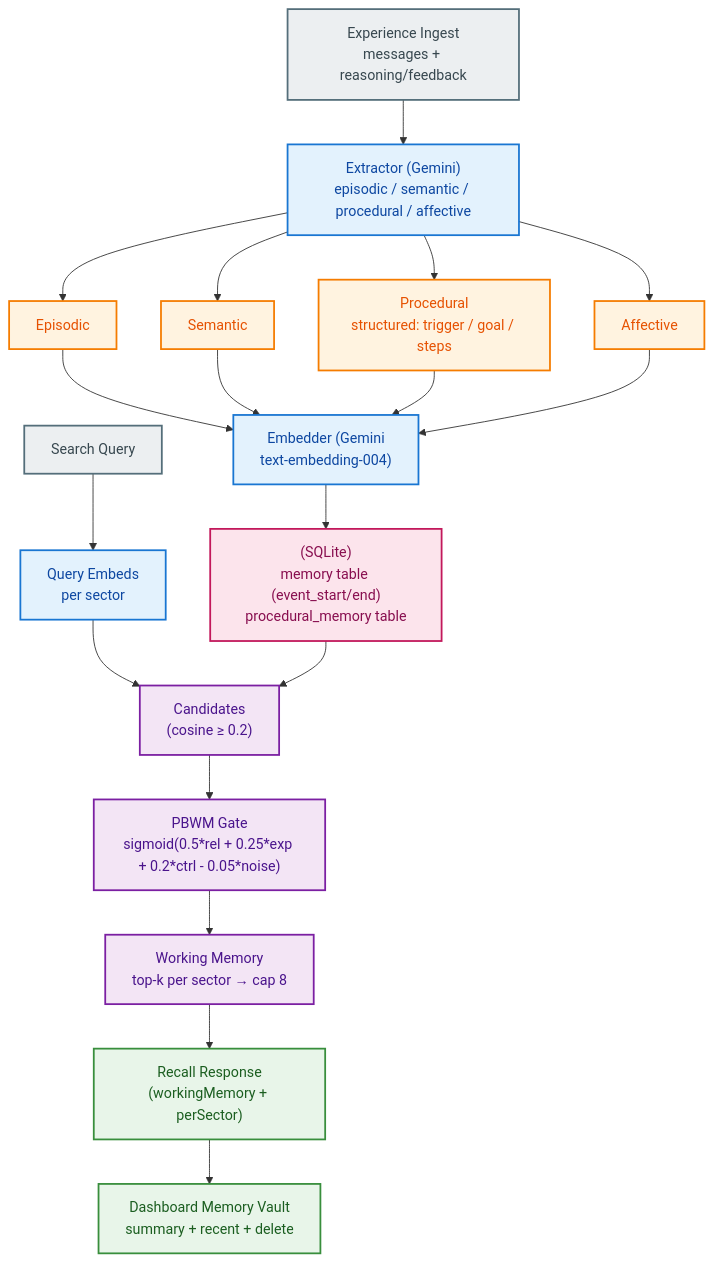
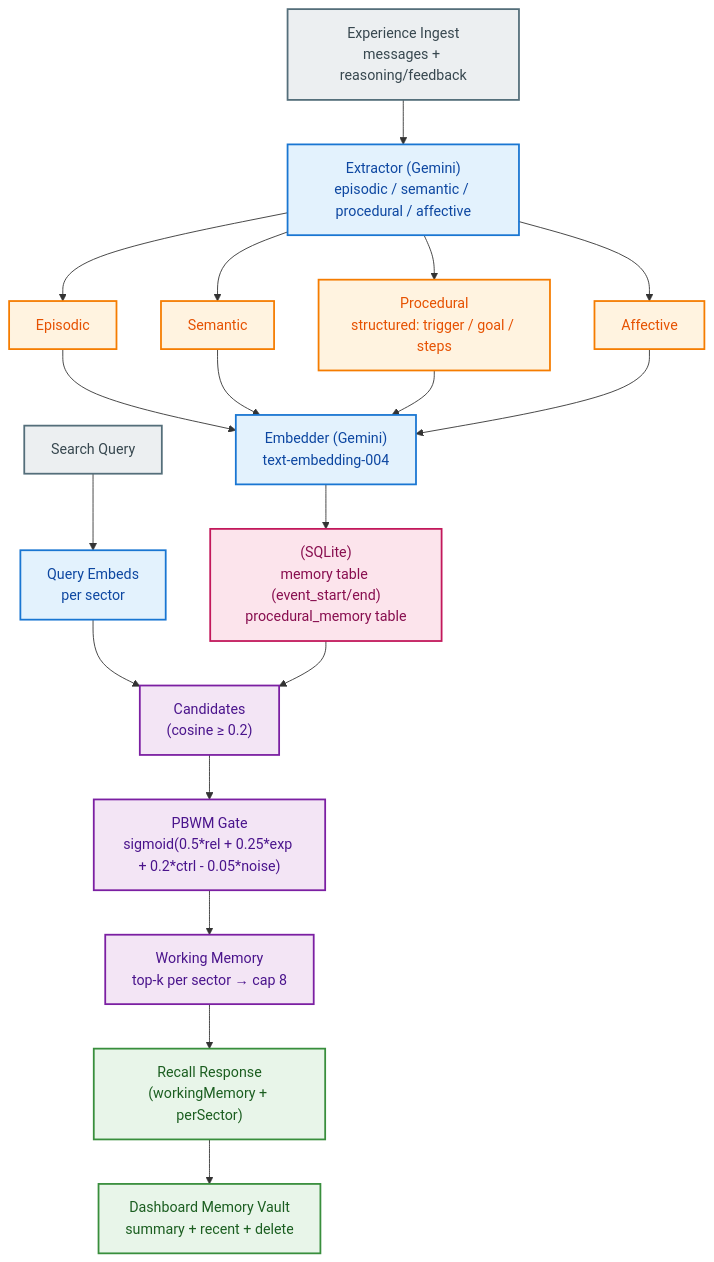
One commit to ekailabs/ekai-gateway changed the diagram in memory/README.md. Above: the diagram before and after it, drawn with Mermaid.

Commit message:
docs(memory): make mermaid labels GitHub-compatible

````diff
--- a/memory/README.md
+++ b/memory/README.md
@@ -72,48 +72,48 @@
 ```mermaid
 graph TB
   classDef inputStyle fill:#eceff1,stroke:#546e7a,stroke-width:2px,color:#37474f
   classDef processStyle fill:#e3f2fd,stroke:#1976d2,stroke-width:2px,color:#0d47a1
   classDef sectorStyle fill:#fff3e0,stroke:#f57c00,stroke-width:2px,color:#e65100
   classDef storageStyle fill:#fce4ec,stroke:#c2185b,stroke-width:2px,color:#880e4f
   classDef engineStyle fill:#f3e5f5,stroke:#7b1fa2,stroke-width:2px,color:#4a148c
   classDef outputStyle fill:#e8f5e9,stroke:#388e3c,stroke-width:2px,color:#1b5e20
 
-  EXP["Experience Ingest\nmessages + reasoning/feedback"]:::inputStyle
-  EXTRACT["Extractor (Gemini)\nepisodic / semantic / procedural / affective"]:::processStyle
+  EXP["Experience Ingest<br>messages + reasoning/feedback"]:::inputStyle
+  EXTRACT["Extractor (Gemini)<br>episodic / semantic / procedural / affective"]:::processStyle
 
   EPISODIC["Episodic"]:::sectorStyle
   SEMANTIC["Semantic"]:::sectorStyle
-  PROCEDURAL["Procedural\nstructured: trigger / goal / steps"]:::sectorStyle
+  PROCEDURAL["Procedural<br>structured: trigger / goal / steps"]:::sectorStyle
   AFFECTIVE["Affective"]:::sectorStyle
 
-  EMBED["Embedder (Gemini\ntext-embedding-004)"]:::processStyle
+  EMBED["Embedder (Gemini)<br>text-embedding-004"]:::processStyle
 
-  STORE["(SQLite)\nmemory table (event_start/end)\nprocedural_memory table"]:::storageStyle
+  STORE["(SQLite)<br>memory table (event_start/end)<br>procedural_memory table"]:::storageStyle
 
   QUERY["Search Query"]:::inputStyle
-  QEMBED["Query Embeds\nper sector"]:::processStyle
-  CANDIDATES["Candidates\n(cosine ≥ 0.2)"]:::engineStyle
-  PBWM["PBWM Gate\nsigmoid(0.5*rel + 0.25*exp + 0.2*ctrl - 0.05*noise)"]:::engineStyle
-  WM["Working Memory\ntop-k per sector → cap 8"]:::engineStyle
+  QEMBED["Query Embeds<br>per sector"]:::processStyle
+  CANDIDATES["Candidates<br>(cosine ≥ 0.2)"]:::engineStyle
+  PBWM["PBWM Gate<br>sigmoid(0.5*rel + 0.25*exp + 0.2*ctrl - 0.05*noise)"]:::engineStyle
+  WM["Working Memory<br>top-k per sector → cap 8"]:::engineStyle
 
-  OUTPUT["Recall Response\n(workingMemory + perSector)"]:::outputStyle
-  UI["Dashboard Memory Vault\nsummary + recent + delete"]:::outputStyle
+  OUTPUT["Recall Response<br>(workingMemory + perSector)"]:::outputStyle
+  UI["Dashboard Memory Vault<br>summary + recent + delete"]:::outputStyle
 
   EXP --> EXTRACT
   EXTRACT --> EPISODIC
   EXTRACT --> SEMANTIC
   EXTRACT --> PROCEDURAL
   EXTRACT --> AFFECTIVE
 
   EPISODIC --> EMBED
   SEMANTIC --> EMBED
   PROCEDURAL --> EMBED
   AFFECTIVE --> EMBED
 
   EMBED --> STORE
 
   QUERY --> QEMBED --> CANDIDATES --> PBWM --> WM --> OUTPUT
   STORE --> CANDIDATES
 
   OUTPUT --> UI
 ```
````
